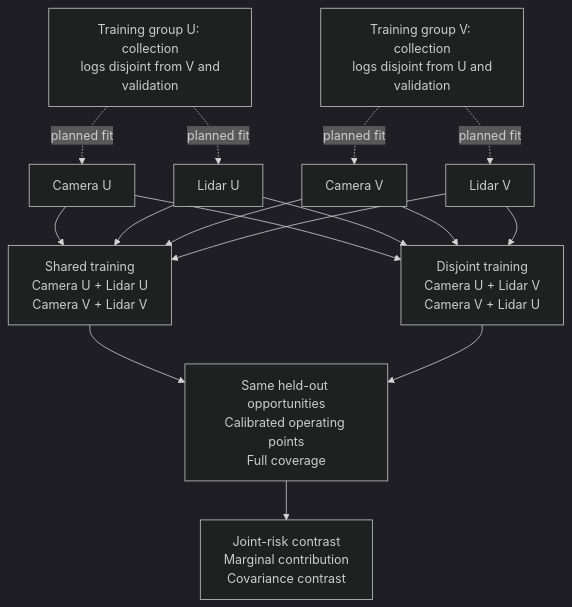
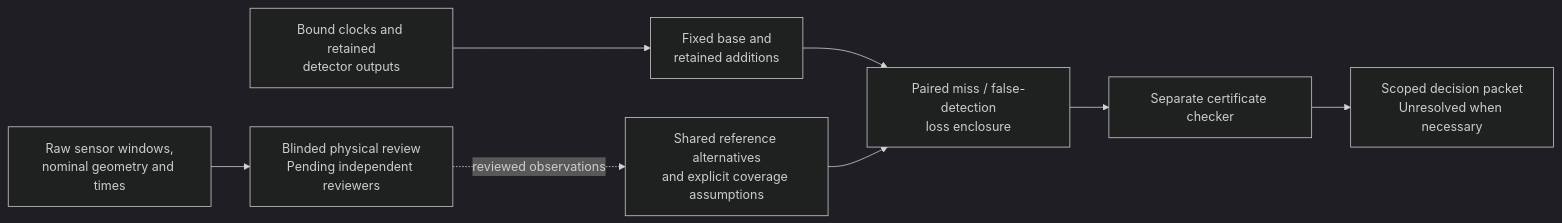
Before and after one commit to manfromnowhere143/reiyah: the fifth of 6 diagrams in README.md, drawn with Mermaid (dark theme). The commit also changed other lines of this file and 12 other files, not shown here.

First line of the commit message:
Add nominal perception geometry and align Engine documentation

````diff
--- a/README.md
+++ b/README.md
@@ -155,20 +161,10 @@
 ```mermaid
-flowchart TB
-  U["Training group U: collection<br/>logs disjoint from V and<br/>validation"]
-  V["Training group V: collection<br/>logs disjoint from U and<br/>validation"]
-  U -. "planned fit" .-> CU["Camera U"]
-  U -. "planned fit" .-> LU["Lidar U"]
-  V -. "planned fit" .-> CV["Camera V"]
-  V -. "planned fit" .-> LV["Lidar V"]
-  CU --> S["Shared training<br/>Camera U + Lidar U<br/>Camera V + Lidar V"]
-  LU --> S
-  CV --> S
-  LV --> S
-  CU --> D["Disjoint training<br/>Camera U + Lidar V<br/>Camera V + Lidar U"]
-  LU --> D
-  CV --> D
-  LV --> D
-  S --> T["Same held-out opportunities<br/>Calibrated operating points<br/>Full coverage"]
-  D --> T
-  T --> R["Joint-risk contrast<br/>Marginal contribution<br/>Covariance contrast"]
+flowchart LR
+  S["Bound clocks and retained<br/>detector outputs"] --> N["Fixed base and<br/>retained additions"]
+  R["Raw sensor windows,<br/>nominal geometry and times"] --> H["Blinded physical review<br/>Pending independent reviewers"]
+  H -. "reviewed observations" .-> W["Shared reference alternatives<br/>and explicit coverage assumptions"]
+  N --> K["Paired miss / false-detection<br/>loss enclosure"]
+  W --> K
+  K --> V["Separate certificate checker"]
+  V --> P["Scoped decision packet<br/>Unresolved when necessary"]
 ```
````
